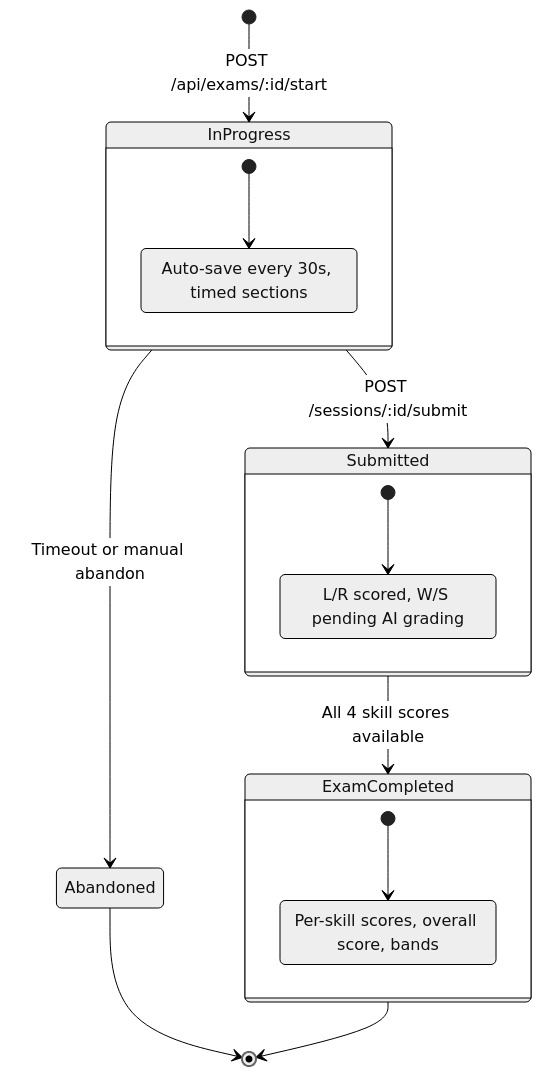
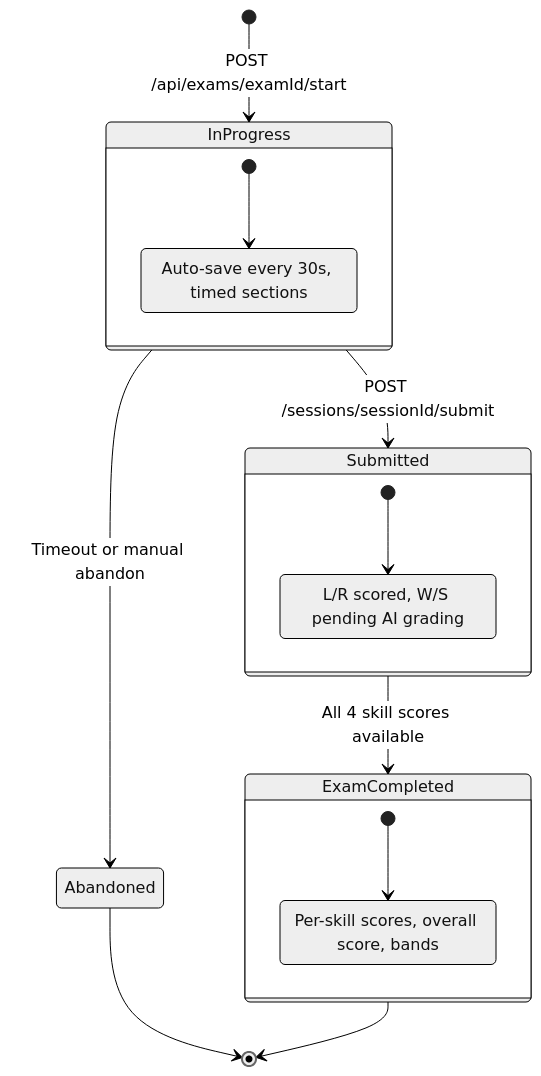
Before and after one commit to nghyane/VSTEP: diagram 14 of 16 in docs/capstone/reports/ENG/report4-software-design-document.md, drawn with Mermaid (neutral theme).

Commit message:
docs: fix Mermaid stateDiagram parse error — escape colon in URL params

````diff
--- a/docs/capstone/reports/ENG/report4-software-design-document.md
+++ b/docs/capstone/reports/ENG/report4-software-design-document.md
@@ -743,27 +743,27 @@
 ```mermaid
 stateDiagram-v2
-    [*] --> InProgress: POST /api/exams/:id/start
+    [*] --> InProgress: POST /api/exams/examId/start
 
-    InProgress --> Submitted: POST /sessions/:id/submit
+    InProgress --> Submitted: POST /sessions/sessionId/submit
     InProgress --> Abandoned: Timeout or manual abandon
 
     Submitted --> ExamCompleted: All 4 skill scores available
 
     ExamCompleted --> [*]
     Abandoned --> [*]
 
     state InProgress {
         [*] --> TakingExam
         TakingExam: Auto-save every 30s, timed sections
     }
 
     state Submitted {
         [*] --> WaitingGrading
         WaitingGrading: L/R scored, W/S pending AI grading
     }
 
     state ExamCompleted {
         [*] --> AllScored
         AllScored: Per-skill scores, overall score, bands
     }
 ```
````
